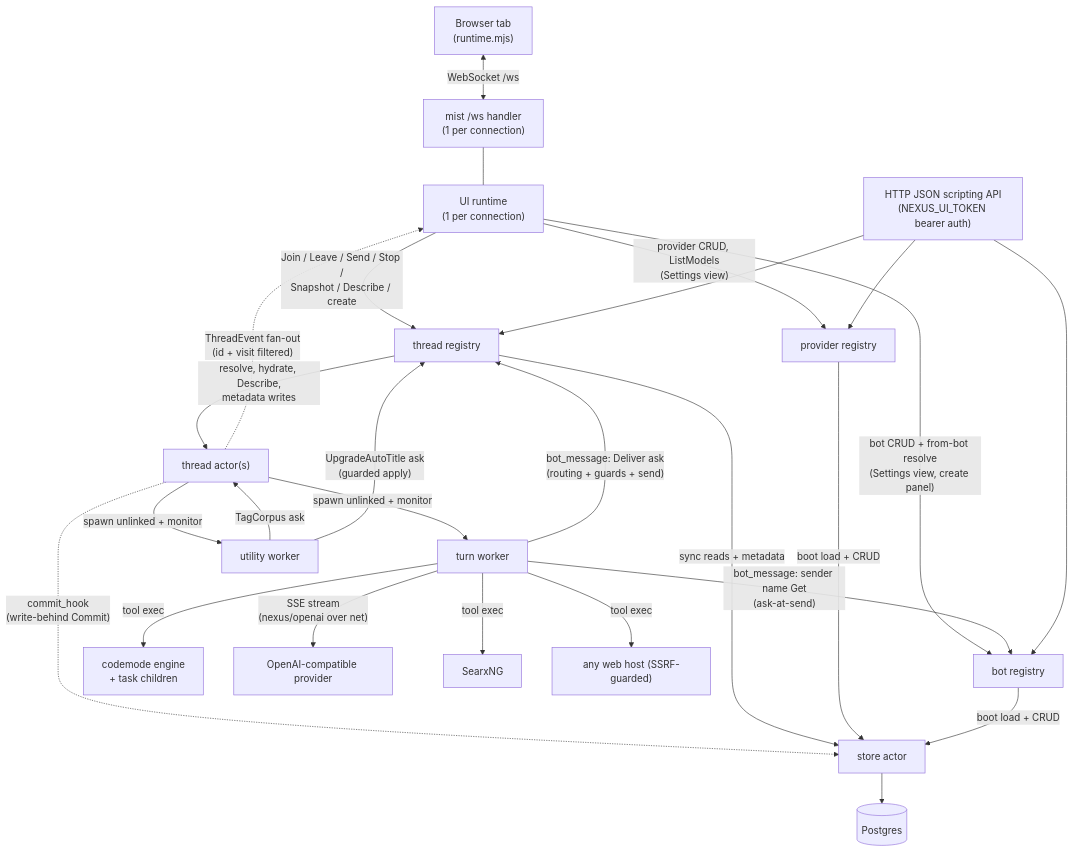
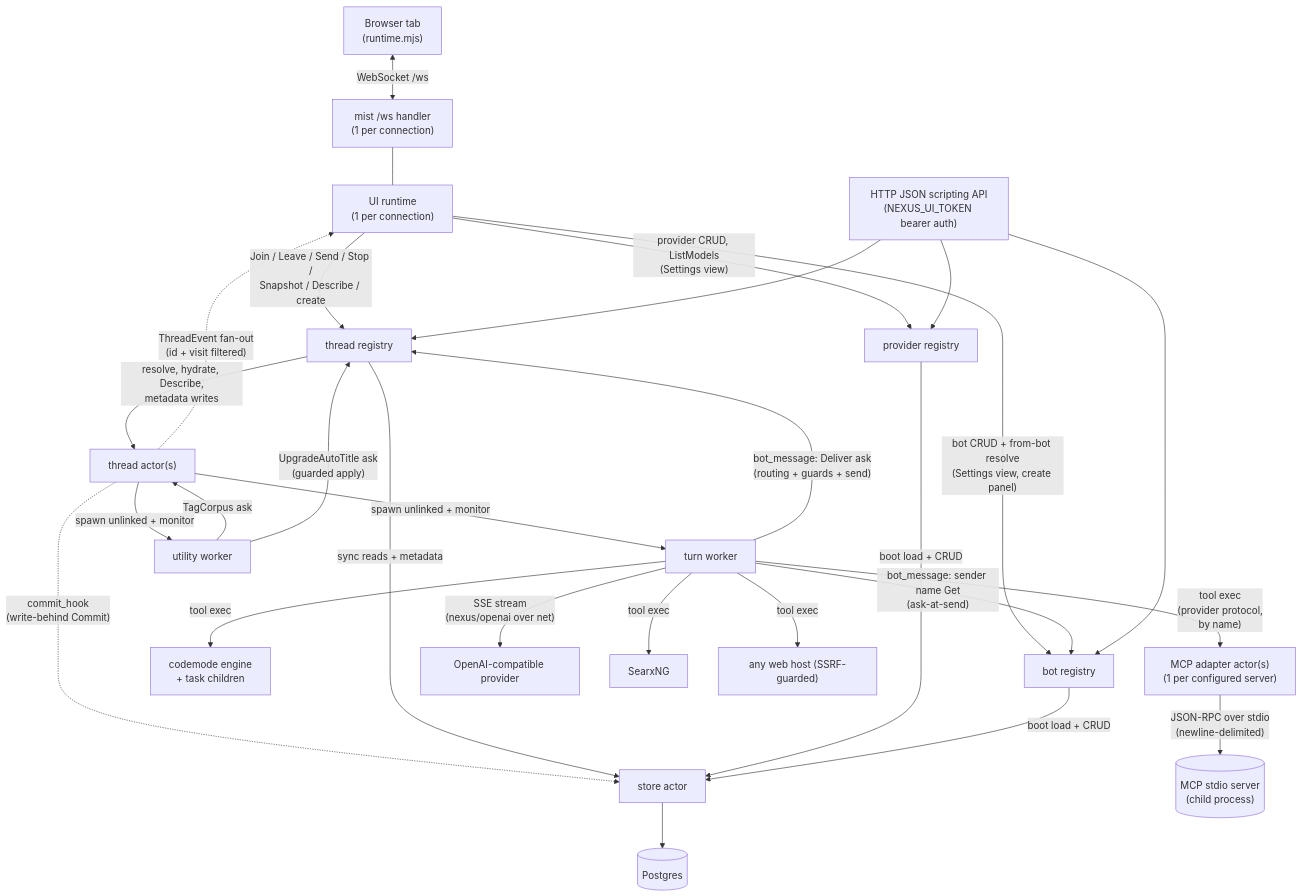
Before and after one commit to jhillyerd/nexus: the third of 4 diagrams in ARCHITECTURE.md, drawn with Mermaid. The commit also changed other lines of this file and 34 other files, not shown here.

First line of the commit message:
feat: MCP config adapter + frozen toolset manifests (plugin-api plan phase 2) (#124)

````diff
--- a/ARCHITECTURE.md
+++ b/ARCHITECTURE.md
@@ -166,45 +187,49 @@
 ```mermaid
 flowchart TB
     js["Browser tab<br/>(runtime.mjs)"]
     ws["mist /ws handler<br/>(1 per connection)"]
     rt["UI runtime<br/>(1 per connection)"]
     reg["thread registry"]
     prov["provider registry"]
     bots["bot registry"]
     api["HTTP JSON scripting API<br/>(NEXUS_UI_TOKEN bearer auth)"]
     sa["thread actor(s)"]
     tw["turn worker"]
     uw["utility worker"]
     eng["codemode engine<br/>+ task children"]
+    mcp["MCP adapter actor(s)<br/>(1 per configured server)"]
     store["store actor"]
     pg[("Postgres")]
     llm["OpenAI-compatible provider"]
     searx["SearxNG"]
     web["any web host (SSRF-guarded)"]
+    mcpio[("MCP stdio server<br/>(child process)")]
 
     js <-- "WebSocket /ws" --> ws
     ws --- rt
     rt -->|"Join / Leave / Send / Stop /<br/>Snapshot / Describe / create"| reg
     rt -->|"provider CRUD, ListModels<br/>(Settings view)"| prov
     rt -->|"bot CRUD + from-bot resolve<br/>(Settings view, create panel)"| bots
     reg -->|"resolve, hydrate, Describe,<br/>metadata writes"| sa
     sa -.->|"ThreadEvent fan-out<br/>(id + visit filtered)"| rt
     sa -->|"spawn unlinked + monitor"| tw
     sa -->|"spawn unlinked + monitor"| uw
     uw -->|"TagCorpus ask"| sa
     uw -->|"UpgradeAutoTitle ask<br/>(guarded apply)"| reg
     tw -->|"bot_message: Deliver ask<br/>(routing + guards + send)"| reg
     tw -->|"bot_message: sender name Get<br/>(ask-at-send)"| bots
     tw -->|"SSE stream<br/>(nexus/openai over net)"| llm
     tw -->|"tool exec"| eng
     tw -->|"tool exec"| web
     tw -->|"tool exec"| searx
+    tw -->|"tool exec<br/>(provider protocol,<br/>by name)"| mcp
+    mcp -->|"JSON-RPC over stdio<br/>(newline-delimited)"| mcpio
     sa -.->|"commit_hook<br/>(write-behind Commit)"| store
     reg -->|"sync reads + metadata"| store
     prov -->|"boot load + CRUD"| store
     bots -->|"boot load + CRUD"| store
     api --> reg
     api --> prov
     api --> bots
     store --> pg
 ```
````
